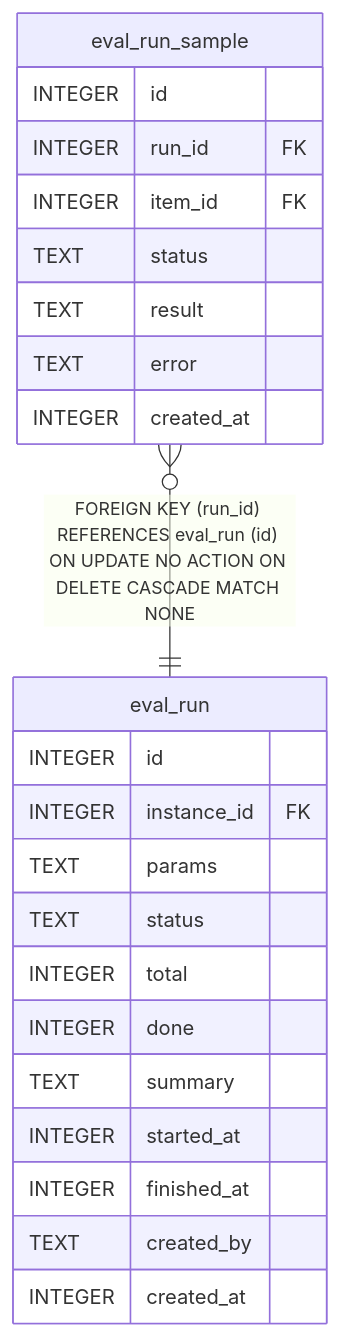
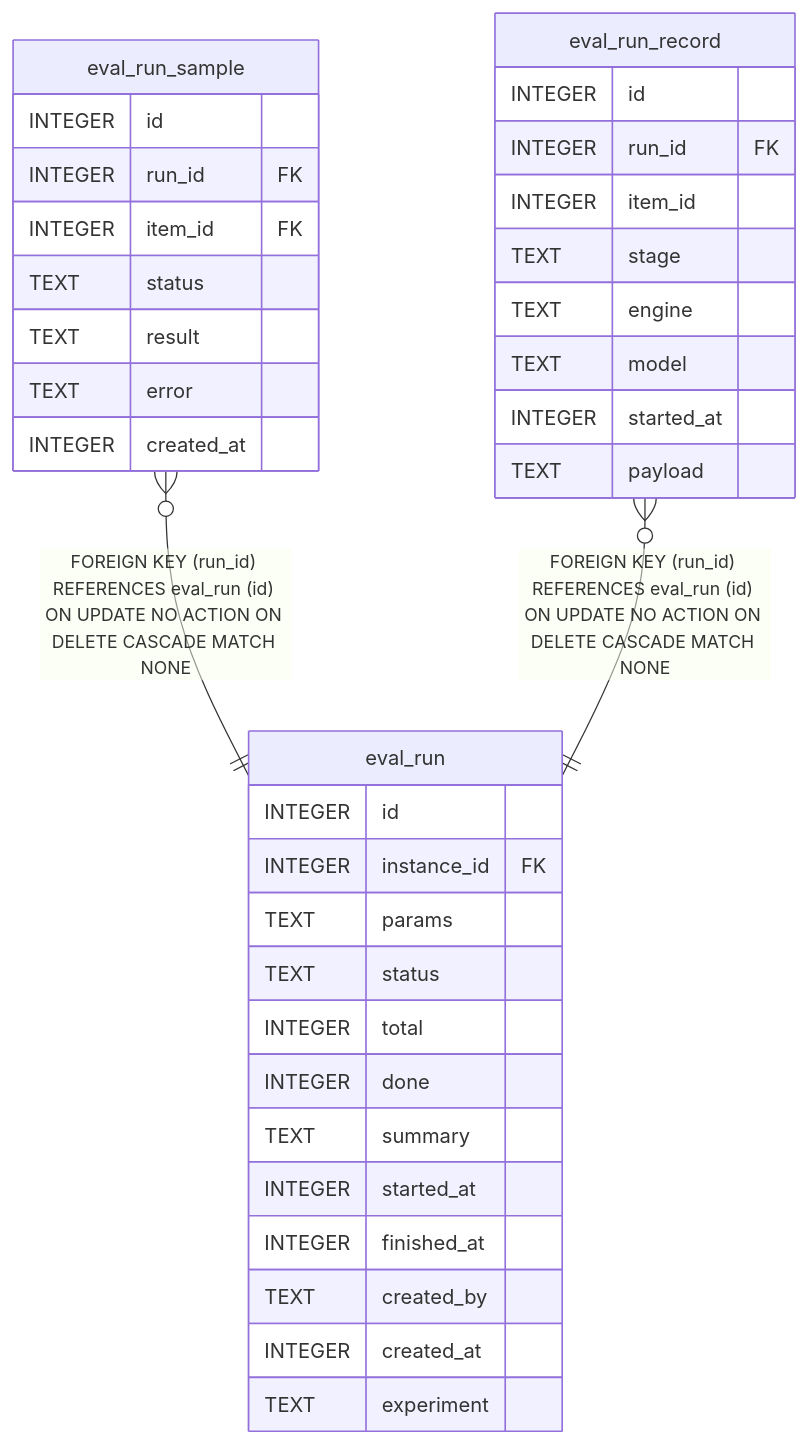
The diagram in content/docs/pt-BR/developers/plugins/eval-validator/reference/schema.mmd (ktbhealth/docs), drawn with Mermaid before and after one commit. The commit also changed 23 other files, not shown here.

First line of the commit message:
docs(erd): eval_run_record + consultations synthetic/eval_item_id (product main)

```diff
--- a/content/docs/pt-BR/developers/plugins/eval-validator/reference/schema.mmd
+++ b/content/docs/pt-BR/developers/plugins/eval-validator/reference/schema.mmd
@@ -1,26 +1,38 @@
 erDiagram
 
 "eval_run_sample" }o--|| "eval_run" : "FOREIGN KEY (run_id) REFERENCES eval_run (id) ON UPDATE NO ACTION ON DELETE CASCADE MATCH NONE"
+"eval_run_record" }o--|| "eval_run" : "FOREIGN KEY (run_id) REFERENCES eval_run (id) ON UPDATE NO ACTION ON DELETE CASCADE MATCH NONE"
 
 "eval_run_sample" {
   INTEGER id
   INTEGER run_id FK
   INTEGER item_id FK
   TEXT status
   TEXT result
   TEXT error
   INTEGER created_at
 }
 "eval_run" {
   INTEGER id
   INTEGER instance_id FK
   TEXT params
   TEXT status
   INTEGER total
   INTEGER done
   TEXT summary
   INTEGER started_at
   INTEGER finished_at
   TEXT created_by
   INTEGER created_at
+  TEXT experiment
 }
+"eval_run_record" {
+  INTEGER id
+  INTEGER run_id FK
+  INTEGER item_id
+  TEXT stage
+  TEXT engine
+  TEXT model
+  INTEGER started_at
+  TEXT payload
+}
```
